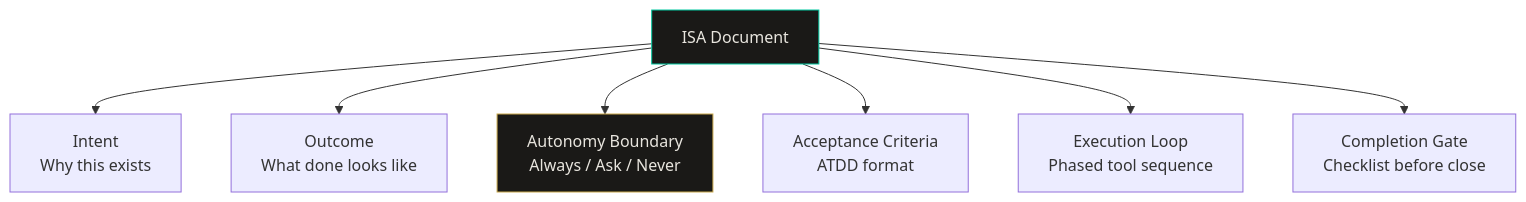
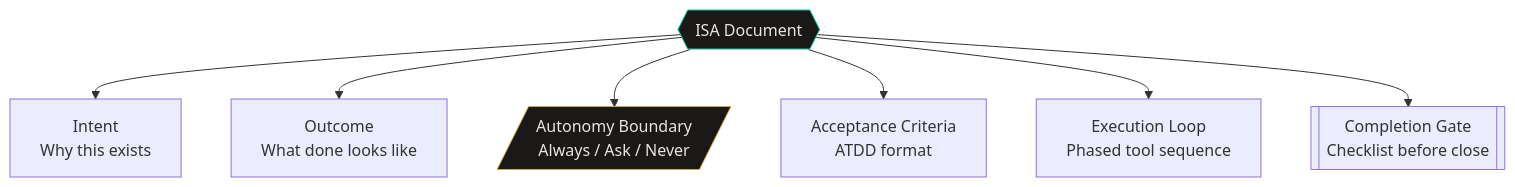
The first of 3 diagrams in src/content/build-logs/isa-patterns.mdx (CyberdaemonAI/cyberdaemon-site), drawn with Mermaid before and after one commit. The commit also changed 23 other files, not shown here.

First line of the commit message:
style(diagrams): retrofit all mermaid diagrams to flowchart syntax site-wide

````diff
--- a/src/content/build-logs/isa-patterns.mdx
+++ b/src/content/build-logs/isa-patterns.mdx
@@ -86,13 +86,13 @@
 ```mermaid
-graph TB
-    ISA[ISA Document]
+flowchart TB
+    ISA{{ISA Document}}
     ISA --> I[Intent<br/>Why this exists]
     ISA --> O[Outcome<br/>What done looks like]
-    ISA --> AB[Autonomy Boundary<br/>Always / Ask / Never]
+    ISA --> AB[/Autonomy Boundary<br/>Always / Ask / Never/]
     ISA --> AC[Acceptance Criteria<br/>ATDD format]
     ISA --> EX[Execution Loop<br/>Phased tool sequence]
-    ISA --> CG[Completion Gate<br/>Checklist before close]
+    ISA --> CG[[Completion Gate<br/>Checklist before close]]
 
     style ISA fill:#1a1917,stroke:#00c8a0,color:#e8e5de
     style AB fill:#1a1917,stroke:#c9a84c,color:#e8e5de
 ```
````
